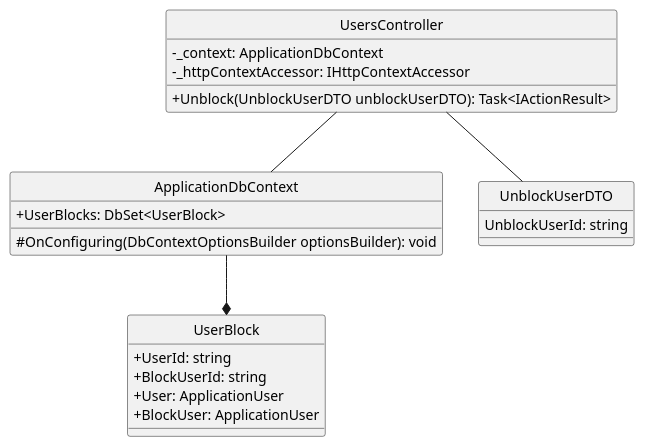
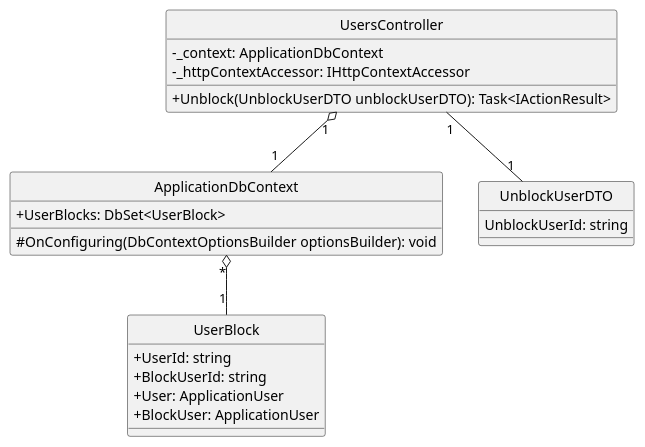
The diagram in docs/Class Diagram/Identity/UnblockUser/ClassDiagram.plantuml (Carl-Johnsons/Chat-Application), drawn with PlantUML before and after one commit. The commit also changed 13 other files, not shown here.

Commit message:
edit and export identity diagram to png

```diff
--- a/docs/Class Diagram/Identity/UnblockUser/ClassDiagram.plantuml
+++ b/docs/Class Diagram/Identity/UnblockUser/ClassDiagram.plantuml
@@ -1,28 +1,28 @@
 @startuml unblockUser
 hide circle
 skinparam classAttributeIconSize 0
 class UsersController {
     - _context: ApplicationDbContext
     - _httpContextAccessor: IHttpContextAccessor
     + Unblock(UnblockUserDTO unblockUserDTO): Task<IActionResult>
 }
 
 class ApplicationDbContext {
     + UserBlocks: DbSet<UserBlock>
     # OnConfiguring(DbContextOptionsBuilder optionsBuilder): void
 }
 class UserBlock{
     + UserId: string
     + BlockUserId: string
     + User: ApplicationUser
     + BlockUser: ApplicationUser
 }
 
 class UnblockUserDTO {
     UnblockUserId: string
 }
 
-UsersController -- ApplicationDbContext
-UsersController -- UnblockUserDTO
-ApplicationDbContext --* UserBlock
+UsersController "1" o--"1" ApplicationDbContext
+UsersController "1"--"1" UnblockUserDTO
+ApplicationDbContext "*" o--"1" UserBlock
 @enduml
```
